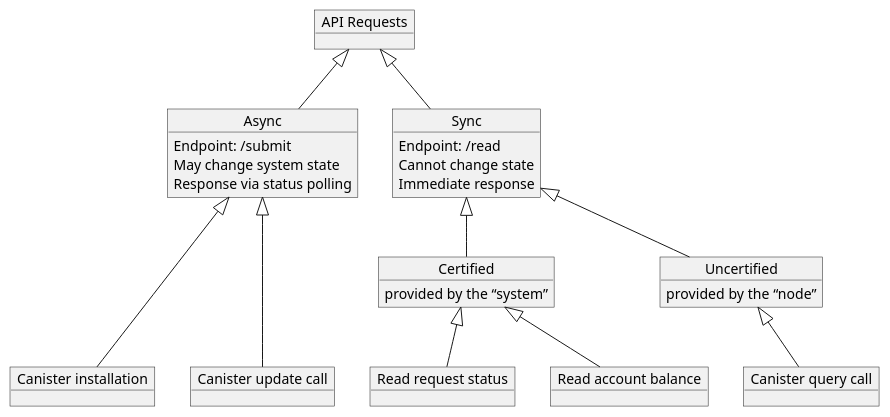
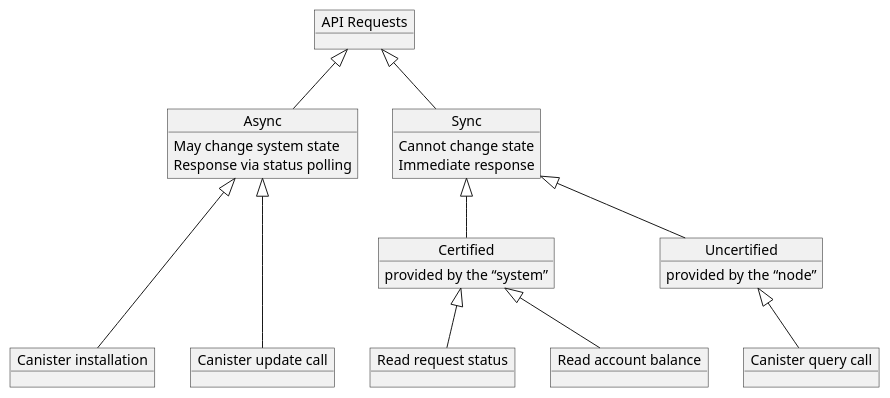
The second of 3 diagrams in spec/index.adoc (dfinity/interface-spec), drawn with PlantUML before and after one commit. The commit also changed other lines of this file, not shown here.

```diff
--- a/spec/index.adoc
+++ b/spec/index.adoc
@@ -145,45 +119,43 @@
 [plantuml]
 ....
 object "API Requests" as request
 
 together {
 object "Async" as async {
-{field} Endpoint: /submit
 {field} May change system state
 {field} Response via status polling
 }
 
 object "Sync" as sync {
-{field} Endpoint: /read
 {field} Cannot change state
 {field} Immediate response
 }
 }
 
 object "Certified" as certified {
 provided by the “system”
 }
 object "Uncertified" as uncertified {
 provided by the “node”
 }
 
 together {
  object "Canister installation" as install
  object "Canister update call" as call
  object "Canister query call" as query
  object "Read request status" as status
  object "Read account balance" as balance
 }
 
 request <|-- async
 request <|-- sync
 sync <|-- certified
 sync <|-- uncertified
 
 async <|-- install
 async <|-- call
 
 uncertified <|-- query
 certified <|-- balance
 certified <|-- status
 ....
```
